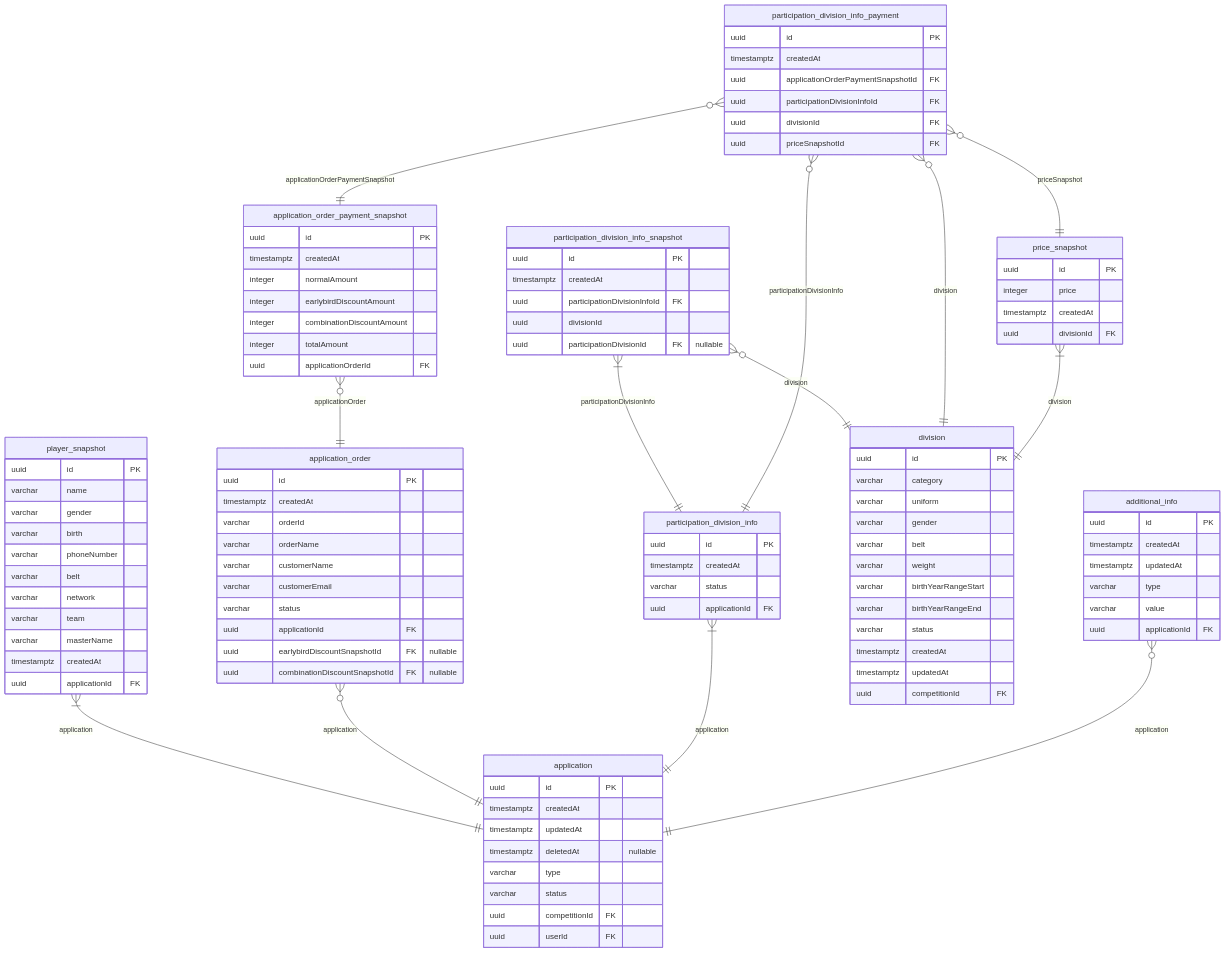
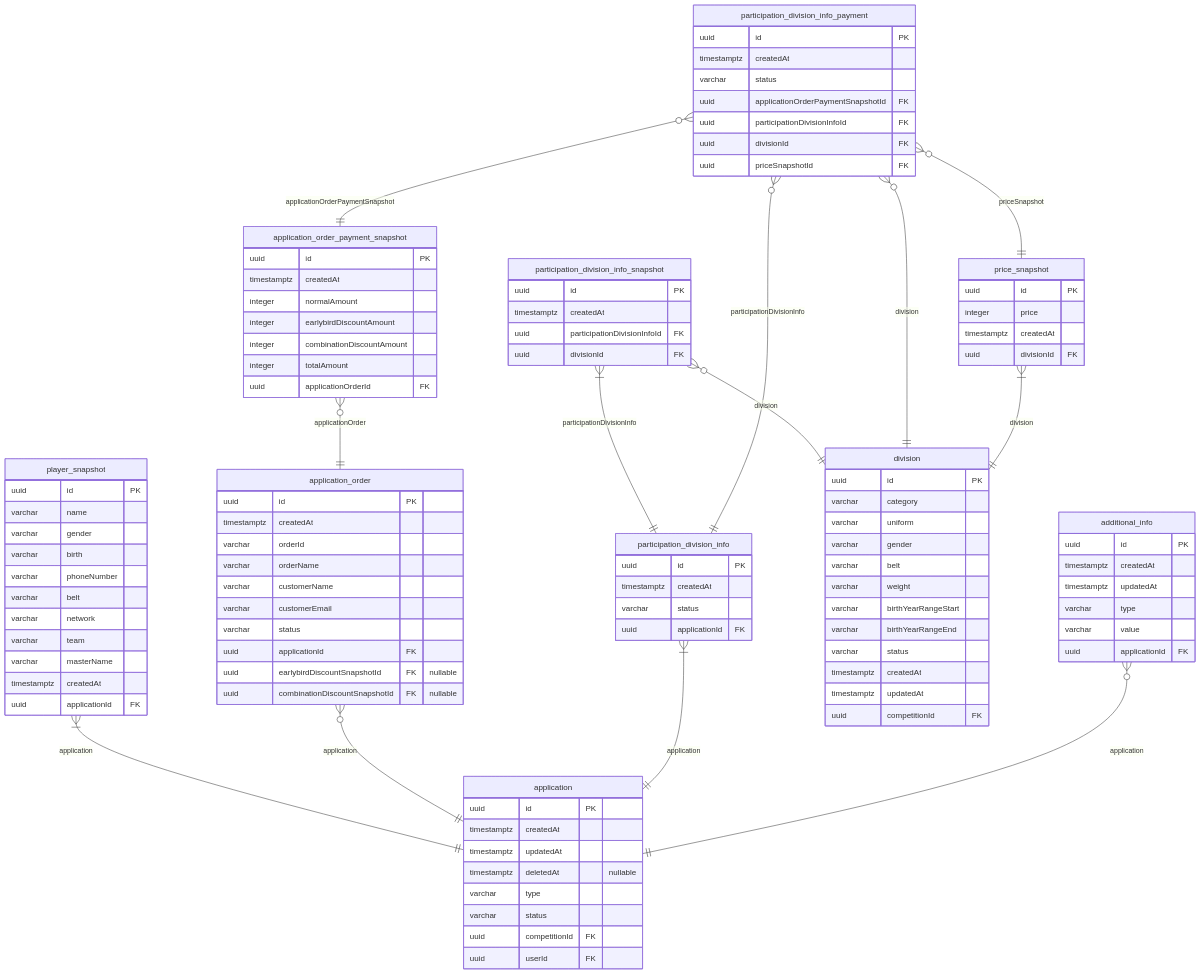
One commit to NAJUHA-JIUJITSU/najuha-v2-be changed the second of 6 diagrams in docs/najiha-v2-erd.md. Above: the diagram before and after it, drawn with Mermaid. The commit also changed other lines of this file and 23 other files, not shown here.

```diff
--- a/docs/najiha-v2-erd.md
+++ b/docs/najiha-v2-erd.md
@@ -182,8 +182,7 @@
     uuid id PK
     timestamptz createdAt
     uuid participationDivisionInfoId FK
-    uuid divisionId
-    uuid participationDivisionId FK "nullable"
+    uuid divisionId FK
   }
   participation_division_info {
     uuid id PK
@@ -194,6 +193,7 @@
   participation_division_info_payment {
     uuid id PK
     timestamptz createdAt
+    varchar status
     uuid applicationOrderPaymentSnapshotId FK
     uuid participationDivisionInfoId FK
     uuid divisionId FK
```
